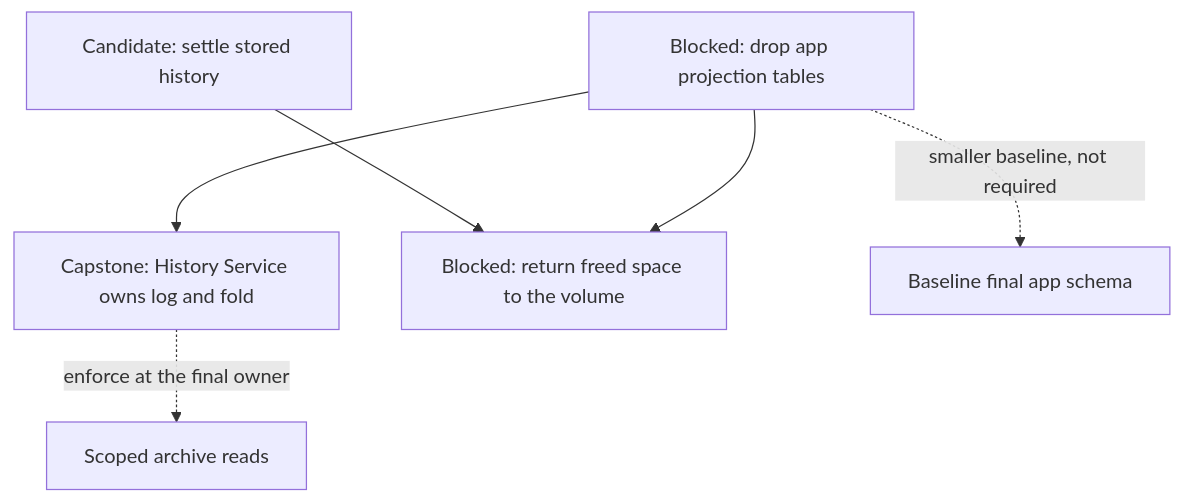
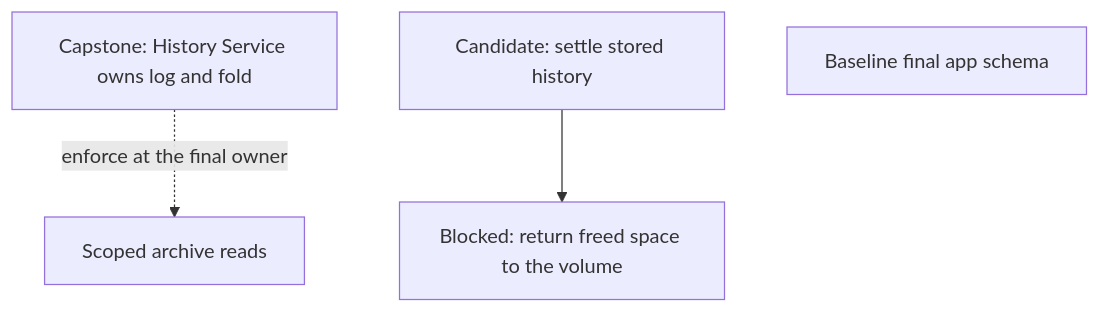
Before and after one commit to agentydragon/ducktape: the eighth of 13 diagrams in agentplane/plans/task_dag.md, drawn with Mermaid. The commit also changed other lines of this file and 13 other files, not shown here.

````diff
--- a/agentplane/plans/task_dag.md
+++ b/agentplane/plans/task_dag.md
@@ -572,14 +572,10 @@
 ```mermaid
 flowchart TD
-    APP_PROJECTION_RETIRE[Blocked: drop app projection tables]
     HISTORY_SERVICE_OWNERSHIP[Capstone: History Service owns log and fold]
     SESSION_EVENT_COMPACTION[Candidate: settle stored history]
     HISTORY_REPACK[Blocked: return freed space to the volume]
     APP_ALEMBIC_SQUASH[Baseline final app schema]
     THREAD_READ_POLICY[Scoped archive reads]
-    APP_PROJECTION_RETIRE --> HISTORY_SERVICE_OWNERSHIP
     SESSION_EVENT_COMPACTION --> HISTORY_REPACK
-    APP_PROJECTION_RETIRE --> HISTORY_REPACK
-    APP_PROJECTION_RETIRE -. smaller baseline, not required .-> APP_ALEMBIC_SQUASH
     HISTORY_SERVICE_OWNERSHIP -. enforce at the final owner .-> THREAD_READ_POLICY
 ```
````
